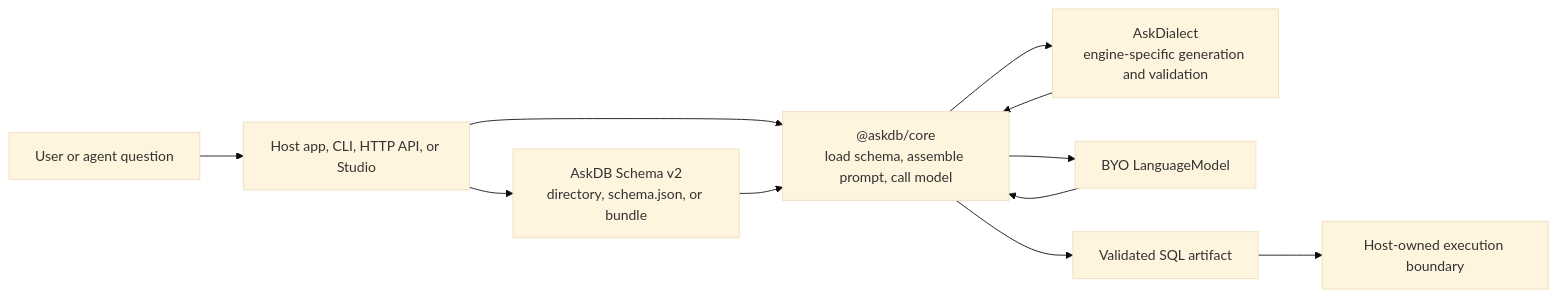
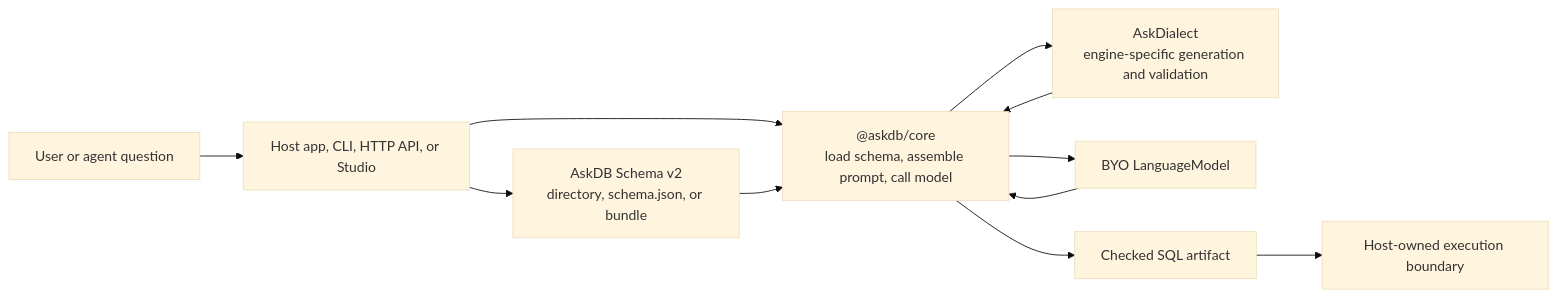
One commit to Ygilany/AskDB changed the first of 7 diagrams in docs/architecture.md. Above: the diagram before and after it, drawn with Mermaid (base theme). The commit also changed other lines of this file and 18 other files, not shown here.

First line of the commit message:
docs: delta review of #184 — binding under a mismatched dialect, read-only role, Phase 10, checked SQL everywhere

````diff
--- a/docs/architecture.md
+++ b/docs/architecture.md
@@ -9,22 +9,22 @@
 ```mermaid
 flowchart LR
   asker["User or agent question"]
   host["Host app, CLI, HTTP API, or Studio"]
   schema["AskDB Schema v2<br/>directory, schema.json, or bundle"]
   core["@askdb/core<br/>load schema, assemble prompt, call model"]
   dialect["AskDialect<br/>engine-specific generation and validation"]
   model["BYO LanguageModel"]
-  sql["Validated SQL artifact"]
+  sql["Checked SQL artifact"]
   execution["Host-owned execution boundary"]
 
   asker --> host
   host --> schema
   host --> core
   schema --> core
   core --> dialect
   core --> model
   model --> core
   dialect --> core
   core --> sql
   sql --> execution
 ```
````
